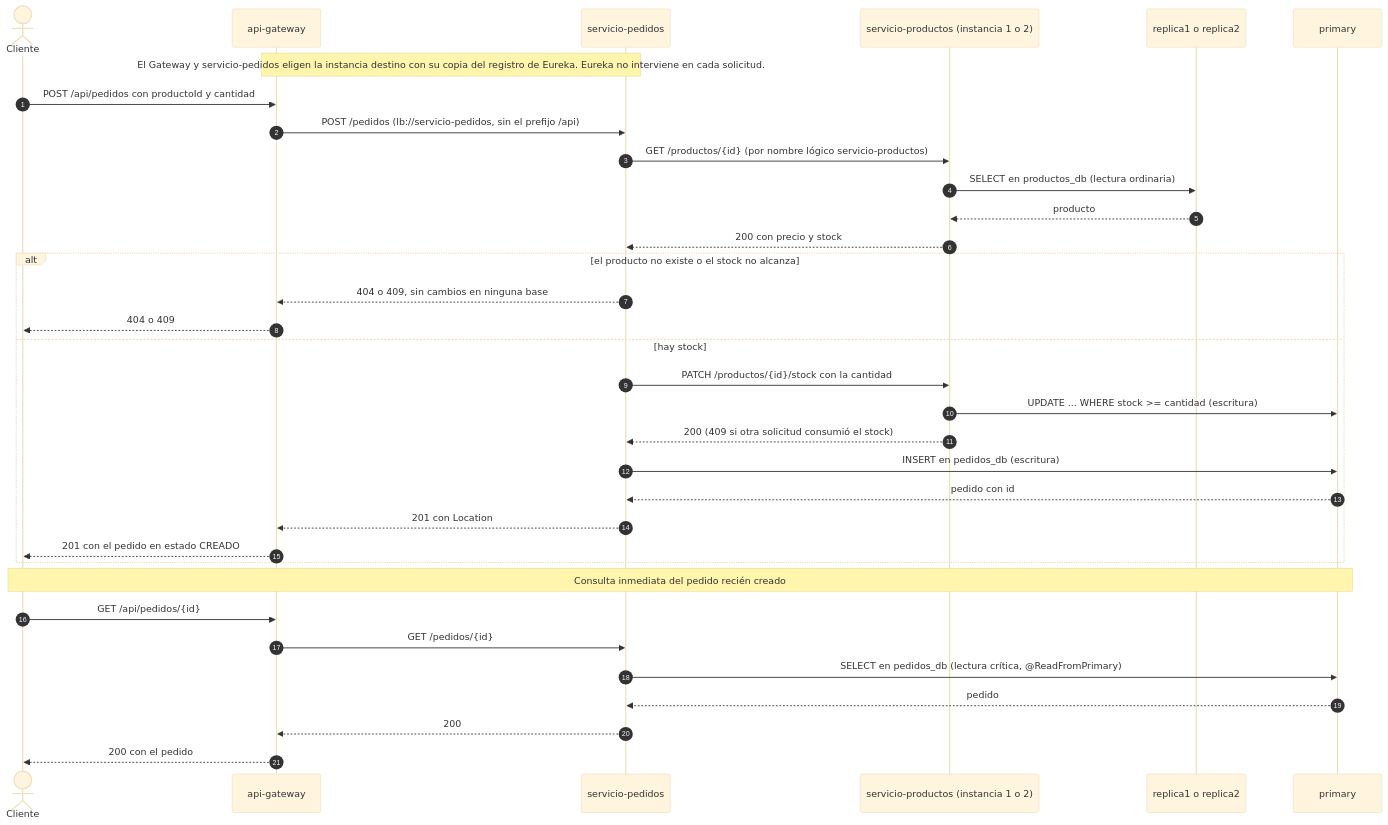
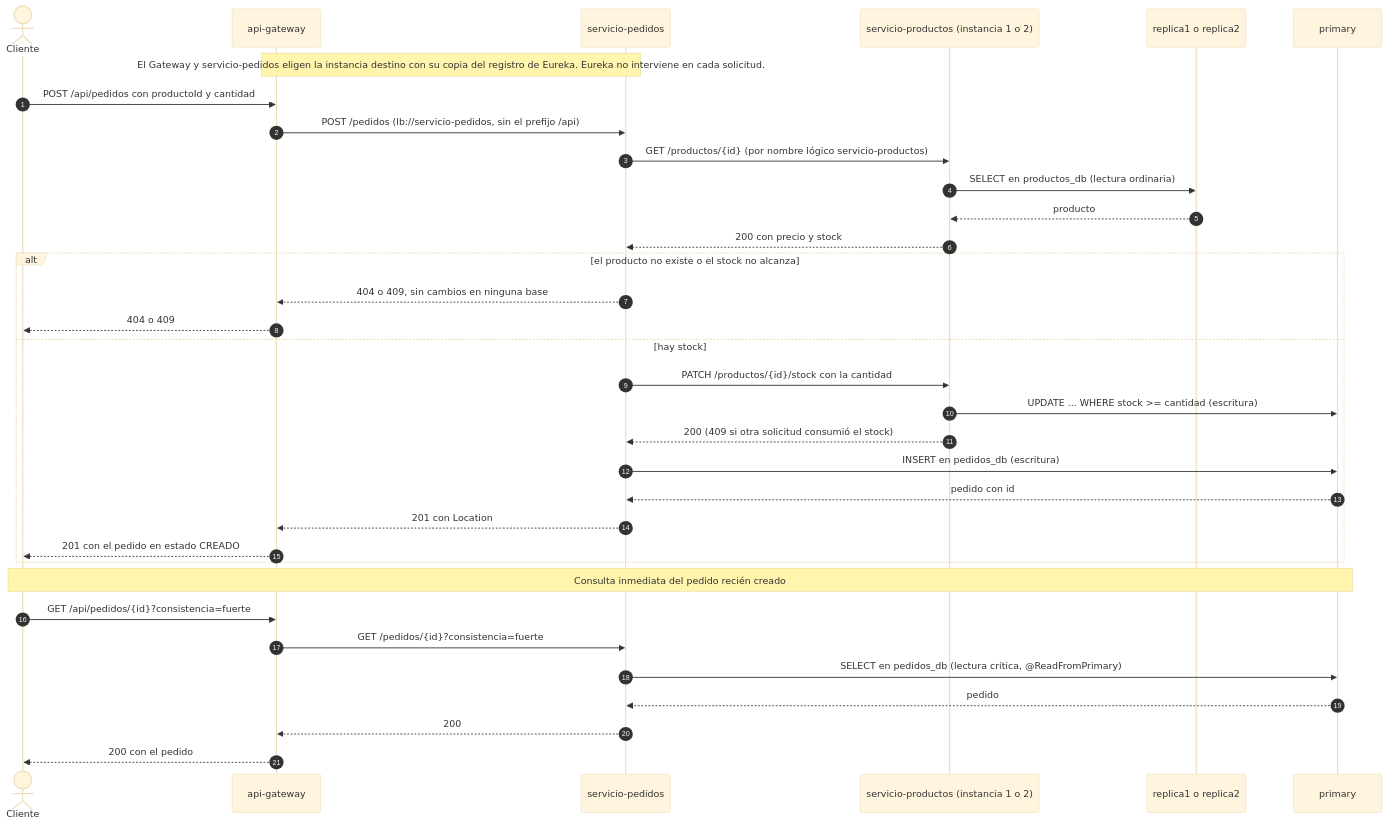
The third of 3 diagrams in docs/diagrama-arquitectura.md (Joseepc18/microservicios-eureka-gateway-pg), drawn with Mermaid (base theme) before and after one commit. The commit also changed other lines of this file and 9 other files, not shown here.

````diff
--- a/docs/diagrama-arquitectura.md
+++ b/docs/diagrama-arquitectura.md
@@ -85,40 +85,40 @@
 ```mermaid
 sequenceDiagram
     autonumber
     actor C as Cliente
     participant GW as api-gateway
     participant PE as servicio-pedidos
     participant PR as servicio-productos (instancia 1 o 2)
     participant DBR as replica1 o replica2
     participant DBP as primary
 
     Note over GW,PE: El Gateway y servicio-pedidos eligen la instancia destino con su copia del registro de Eureka. Eureka no interviene en cada solicitud.
 
     C->>GW: POST /api/pedidos con productoId y cantidad
     GW->>PE: POST /pedidos (lb://servicio-pedidos, sin el prefijo /api)
     PE->>PR: GET /productos/{id} (por nombre lógico servicio-productos)
     PR->>DBR: SELECT en productos_db (lectura ordinaria)
     DBR-->>PR: producto
     PR-->>PE: 200 con precio y stock
 
     alt el producto no existe o el stock no alcanza
         PE-->>GW: 404 o 409, sin cambios en ninguna base
         GW-->>C: 404 o 409
     else hay stock
         PE->>PR: PATCH /productos/{id}/stock con la cantidad
         PR->>DBP: UPDATE ... WHERE stock >= cantidad (escritura)
         PR-->>PE: 200 (409 si otra solicitud consumió el stock)
         PE->>DBP: INSERT en pedidos_db (escritura)
         DBP-->>PE: pedido con id
         PE-->>GW: 201 con Location
         GW-->>C: 201 con el pedido en estado CREADO
     end
 
     Note over C,DBP: Consulta inmediata del pedido recién creado
-    C->>GW: GET /api/pedidos/{id}
-    GW->>PE: GET /pedidos/{id}
+    C->>GW: GET /api/pedidos/{id}?consistencia=fuerte
+    GW->>PE: GET /pedidos/{id}?consistencia=fuerte
     PE->>DBP: SELECT en pedidos_db (lectura crítica, @ReadFromPrimary)
     DBP-->>PE: pedido
     PE-->>GW: 200
     GW-->>C: 200 con el pedido
 ```
````
